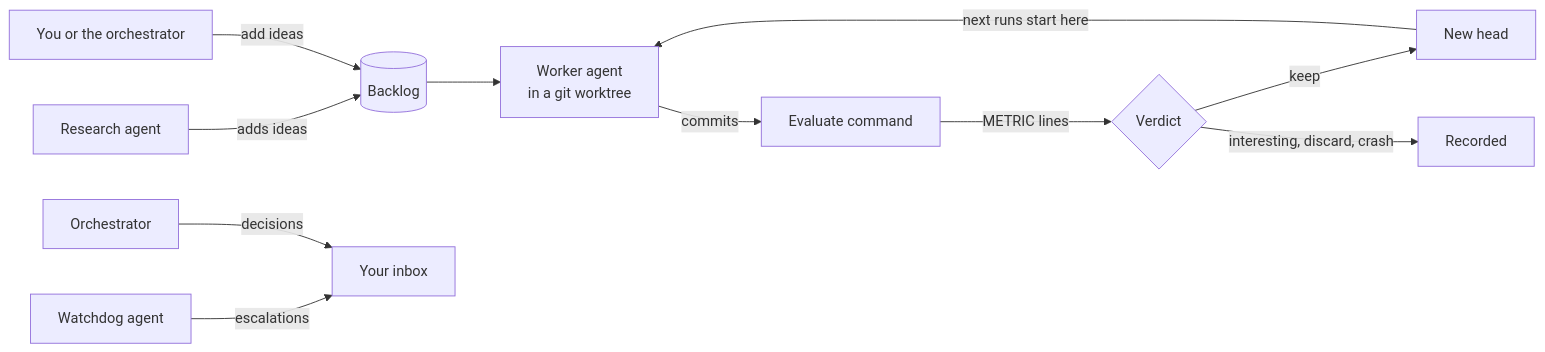
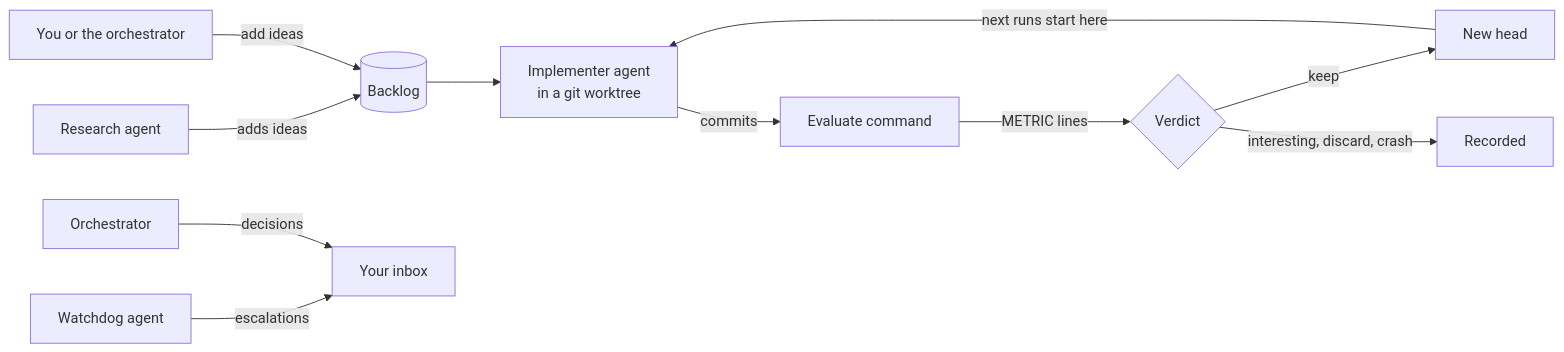
One commit to VatsaDev/piloop changed the second of 2 diagrams in docs/index.mdx. Above: the diagram before and after it, drawn with Mermaid. The commit also changed other lines of this file and 171 other files, not shown here.

First line of the commit message:
feat!: the worker role is the implementer, and the workers table is agent_sessions (#131)

````diff
--- a/docs/index.mdx
+++ b/docs/index.mdx
@@ -74,13 +74,13 @@
 ```mermaid
 flowchart LR
     R[Research agent] -->|adds ideas| B[(Backlog)]
     Y[You or the orchestrator] -->|add ideas| B
-    B --> W[Worker agent<br/>in a git worktree]
+    B --> W[Implementer agent<br/>in a git worktree]
     W -->|commits| E[Evaluate command]
     E -->|METRIC lines| V{Verdict}
     V -->|keep| H[New head]
     V -->|interesting, discard, crash| L[Recorded]
     H -->|next runs start here| W
     D[Watchdog agent] -->|escalations| I[Your inbox]
     O[Orchestrator] -->|decisions| I
 ```
````
